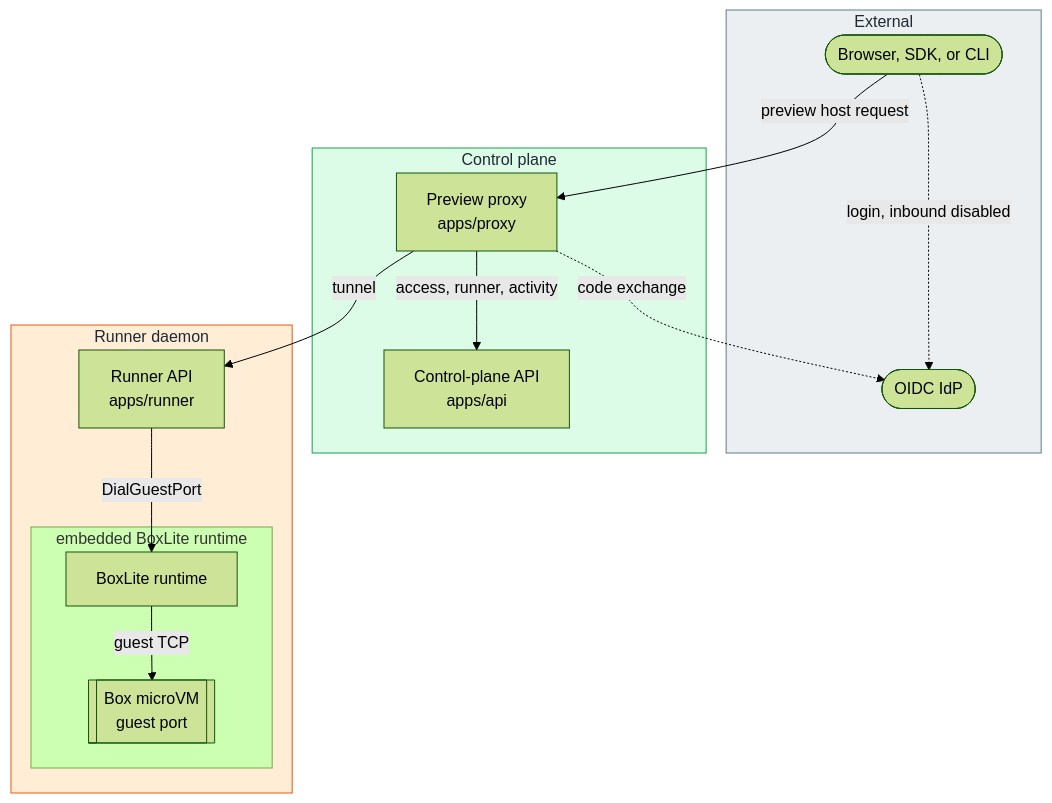
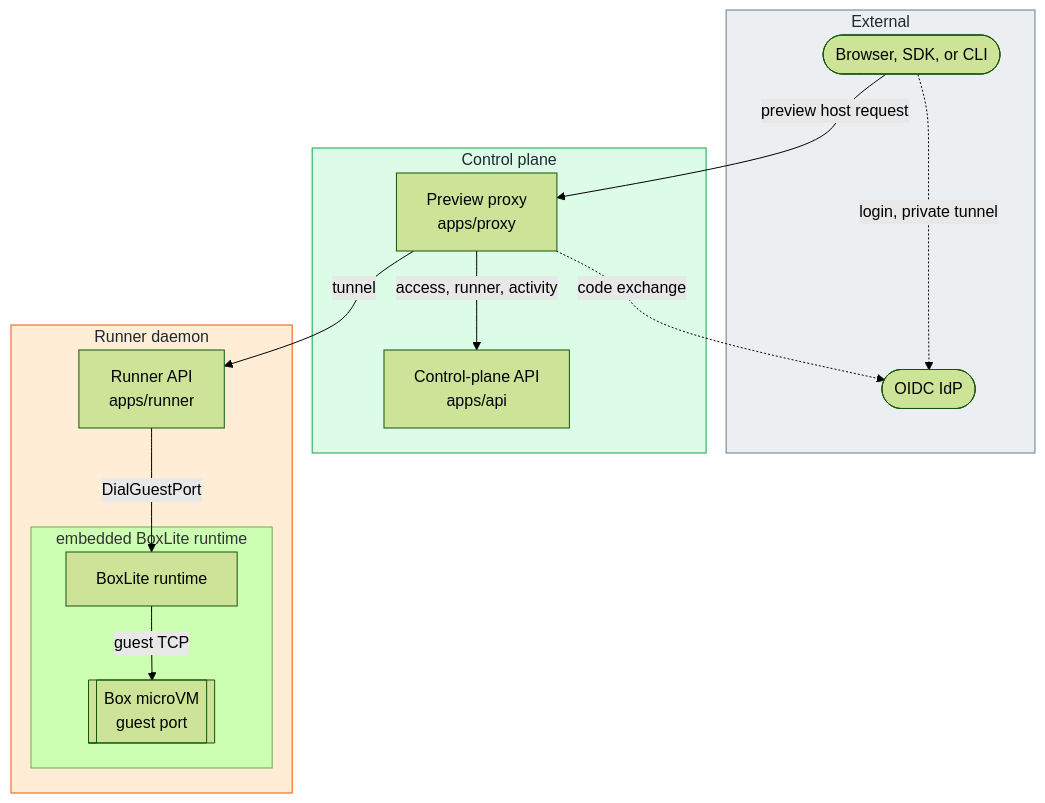
One commit to boxlite-ai/boxlite changed the diagram in apps/proxy/README.md. Above: the diagram before and after it, drawn with Mermaid (forest theme). The commit also changed other lines of this file and 22 other files, not shown here.

````diff
--- a/apps/proxy/README.md
+++ b/apps/proxy/README.md
@@ -18,36 +18,36 @@
 ```mermaid
 flowchart TB
     classDef scope_external fill:#eceff1,stroke:#607d8b,color:#1f2933
     classDef scope_compute fill:#dcfce7,stroke:#16a34a,color:#1f2933
     classDef scope_execution fill:#ffedd5,stroke:#ea580c,color:#1f2933
 
     subgraph external["External"]
         client(["Browser, SDK, or CLI"])
         idp(["OIDC IdP"])
     end
 
     subgraph control_plane["Control plane"]
         proxy["Preview proxy<br/>apps/proxy"]
         api["Control-plane API<br/>apps/api"]
     end
 
     subgraph runner_process["Runner daemon"]
         runner_api["Runner API<br/>apps/runner"]
         subgraph embedded_boxlite["embedded BoxLite runtime"]
             boxlite_core["BoxLite runtime"]
             boxes[["Box microVM<br/>guest port"]]
         end
     end
 
     client client_to_proxy@-->|"preview host request"| proxy
     proxy proxy_to_api@-->|"access, runner, activity"| api
     proxy proxy_to_runner@-->|"tunnel"| runner_api
     runner_api runner_to_boxlite@-->|"DialGuestPort"| boxlite_core
     boxlite_core boxlite_to_boxes@-->|"guest TCP"| boxes
-    client client_to_idp@-.->|"login, inbound disabled"| idp
+    client client_to_idp@-.->|"login, private tunnel"| idp
     proxy proxy_to_idp@-.->|"code exchange"| idp
 
     class external scope_external
     class control_plane scope_compute
     class runner_process scope_execution
 ```
````
